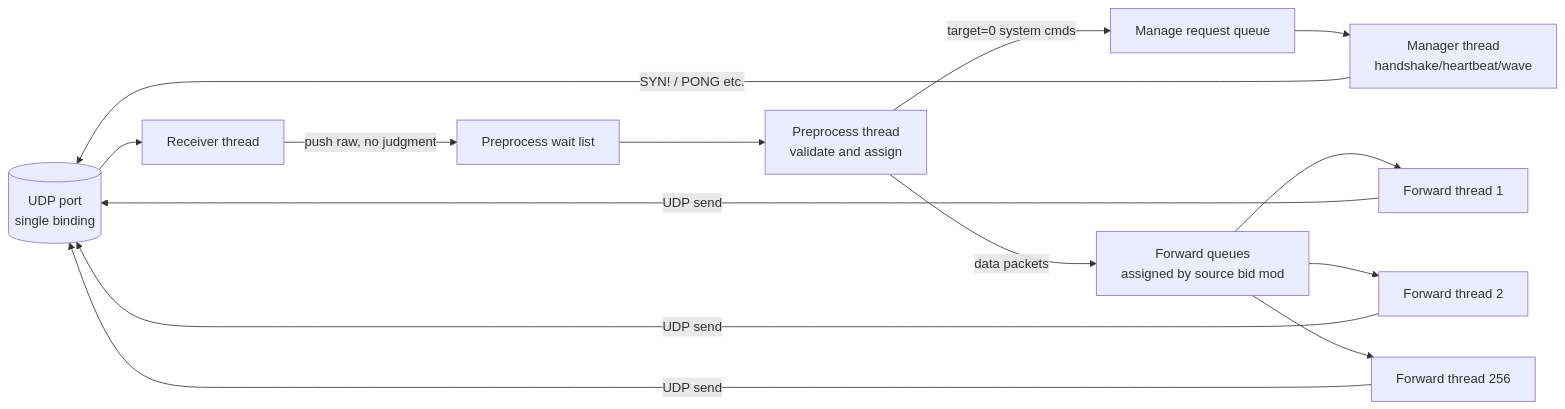
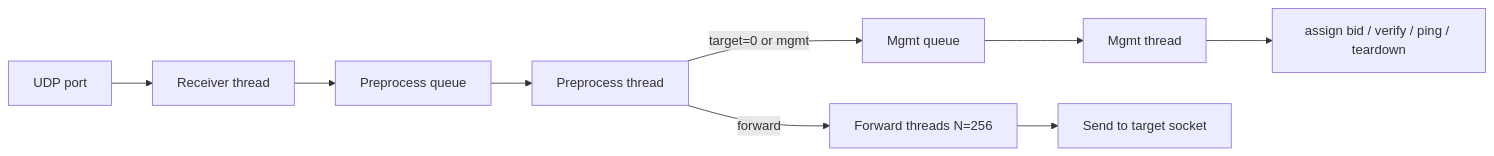
Before and after one commit to moky/magpie-bridge: the second of 4 diagrams in docs/design-architecture.md, drawn with Mermaid. The commit also changed other lines of this file and 9 other files, not shown here.

````diff
--- a/docs/design-architecture.md
+++ b/docs/design-architecture.md
@@ -32,16 +25,11 @@
 ```mermaid
 flowchart LR
-    UDP[(UDP port<br/>single binding)] --> R[Receiver thread]
-    R -->|"push raw, no judgment"| Q1[Preprocess wait list]
-    Q1 --> PP[Preprocess thread<br/>validate and assign]
-    PP -->|"target=0 system cmds"| MQ[Manage request queue]
-    PP -->|"data packets"| Q2[Forward queues<br/>assigned by source bid mod]
-    MQ --> MT[Manager thread<br/>handshake/heartbeat/wave]
-    Q2 --> FT1[Forward thread 1]
-    Q2 --> FT2[Forward thread 2]
-    Q2 --> FTN[Forward thread 256]
-    MT -->|"SYN! / PONG etc."| UDP
-    FT1 -->|"UDP send"| UDP
-    FT2 -->|"UDP send"| UDP
-    FTN -->|"UDP send"| UDP
+    UDP["UDP port"] --> R["Receiver thread"]
+    R --> WQ["Preprocess queue"]
+    WQ --> P["Preprocess thread"]
+    P -->|"target=0 or mgmt"| MQ["Mgmt queue"]
+    P -->|"forward"| D["Forward threads N=256"]
+    MQ --> M["Mgmt thread"]
+    D --> T["Send to target socket"]
+    M --> SYS["assign bid / verify / ping / teardown"]
 ```
````
